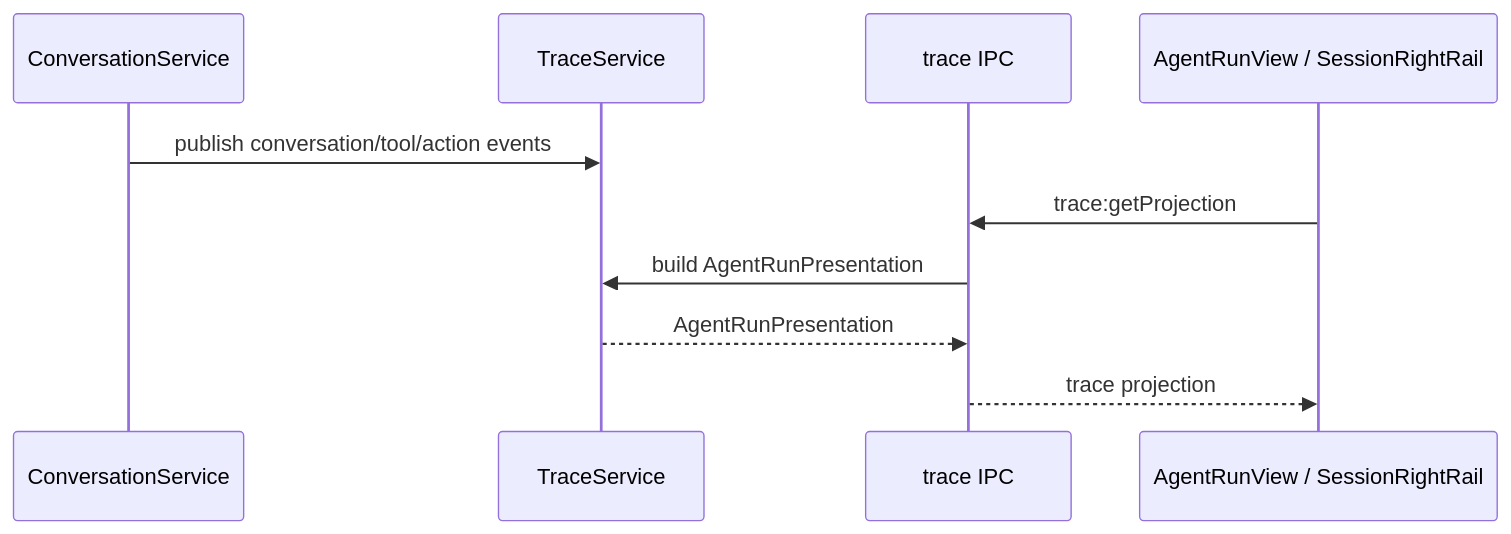
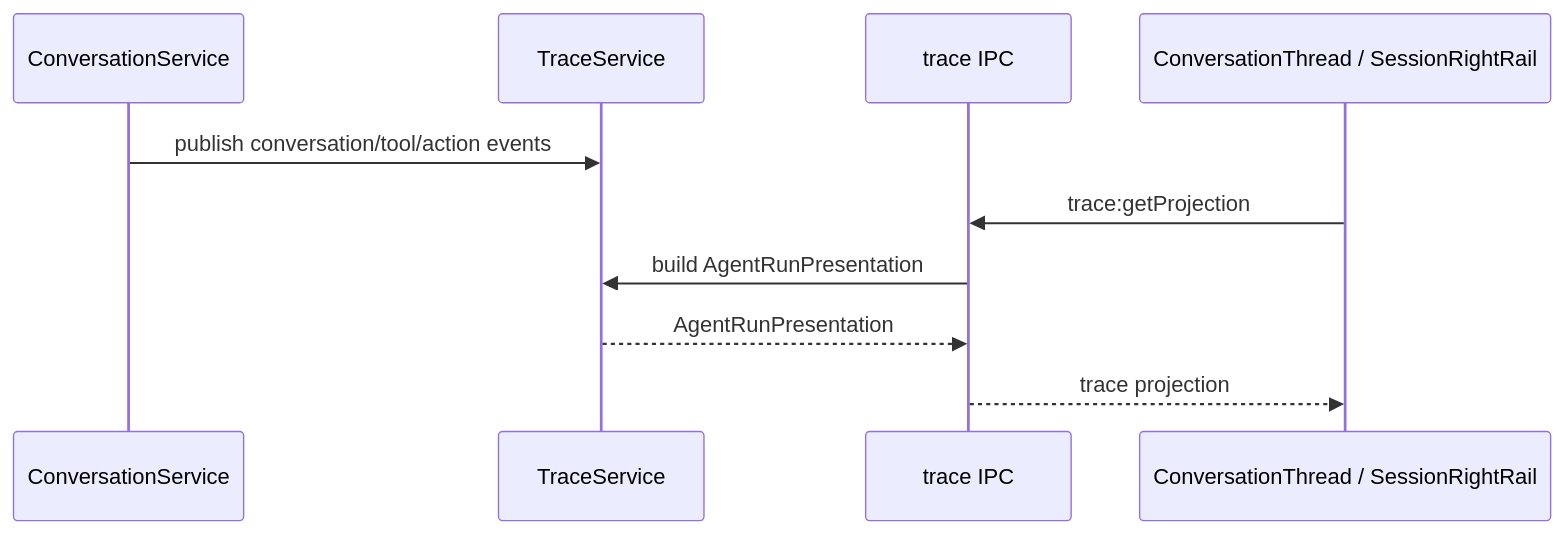
The third of 3 diagrams in docs/architecture/data-flow.md (haolange/RDC-Agent), drawn with Mermaid before and after one commit. The commit also changed other lines of this file and 18 other files, not shown here.

First line of the commit message:
docs: restate architecture and product docs as current contracts

````diff
--- a/docs/architecture/data-flow.md
+++ b/docs/architecture/data-flow.md
@@ -66,13 +68,13 @@
 ```mermaid
 sequenceDiagram
   participant Conversation as ConversationService
   participant Trace as TraceService
   participant IPC as trace IPC
-  participant UI as AgentRunView / SessionRightRail
+  participant UI as ConversationThread / SessionRightRail
 
   Conversation->>Trace: publish conversation/tool/action events
   UI->>IPC: trace:getProjection
   IPC->>Trace: build AgentRunPresentation
   Trace-->>IPC: AgentRunPresentation
   IPC-->>UI: trace projection
 ```
````
